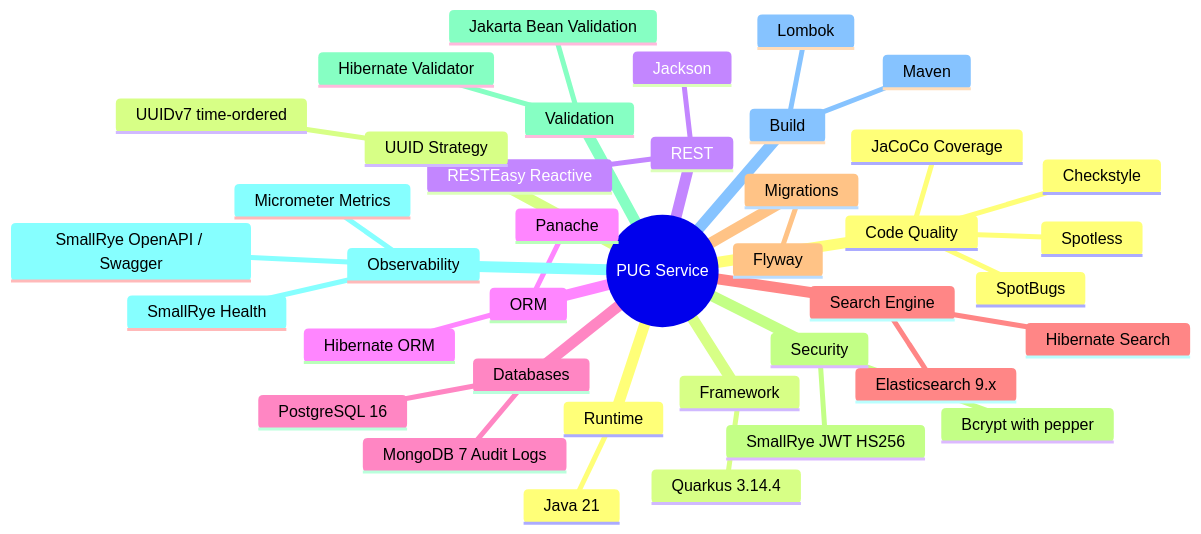
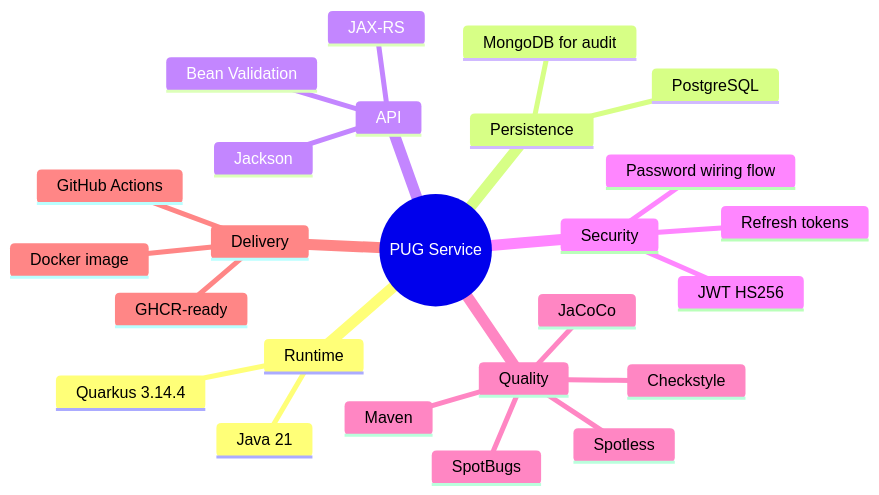
The first of 4 diagrams in pug-service/README.md (Plataforma-Universidade-Gratuita/pug-docs), drawn with Mermaid before and after one commit. The commit also changed other lines of this file and 15 other files, not shown here.

````diff
--- a/pug-service/README.md
+++ b/pug-service/README.md
@@ -26,42 +19,28 @@
 ```mermaid
 mindmap
   root((PUG Service))
     Runtime
       Java 21
-    Framework
       Quarkus 3.14.4
-    REST
-      RESTEasy Reactive
+    Persistence
+      PostgreSQL
+      MongoDB for audit
+    API
+      JAX-RS
       Jackson
-    ORM
-      Hibernate ORM
-      Panache
-    Databases
-      PostgreSQL 16
-      MongoDB 7 Audit Logs
-    Search Engine
-      Elasticsearch 9.x
-      Hibernate Search
-    Migrations
-      Flyway
+      Bean Validation
     Security
-      SmallRye JWT HS256
-      Bcrypt with pepper
-    Validation
-      Jakarta Bean Validation
-      Hibernate Validator
-    Observability
-      SmallRye OpenAPI / Swagger
-      SmallRye Health
-      Micrometer Metrics
-    Build
+      JWT HS256
+      Refresh tokens
+      Password wiring flow
+    Quality
       Maven
-      Lombok
-    Code Quality
+      Spotless
+      Checkstyle
       SpotBugs
-      Checkstyle
-      Spotless
-      JaCoCo Coverage
-    UUID Strategy
-      UUIDv7 time-ordered
+      JaCoCo
+    Delivery
+      GitHub Actions
+      Docker image
+      GHCR-ready
 ```
````
